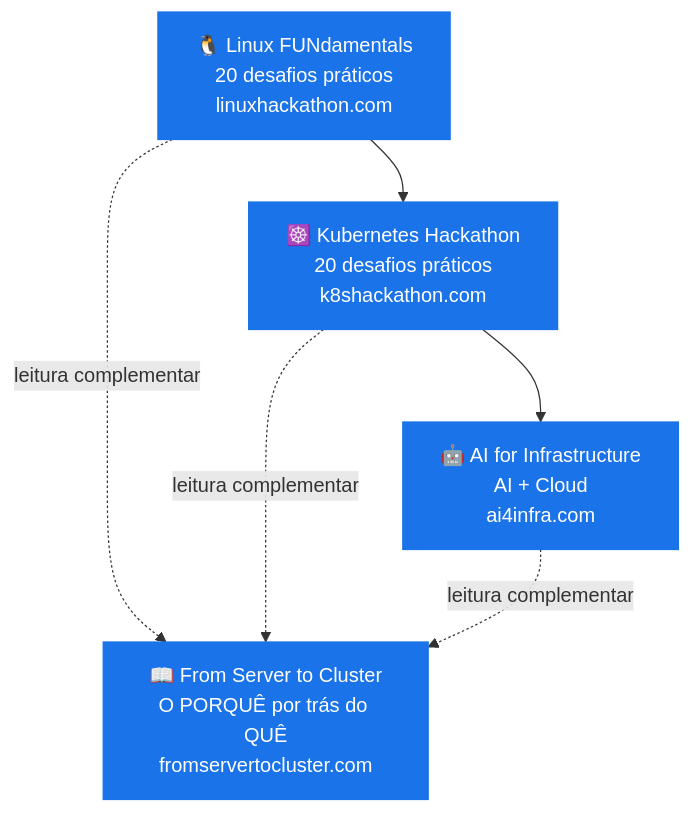
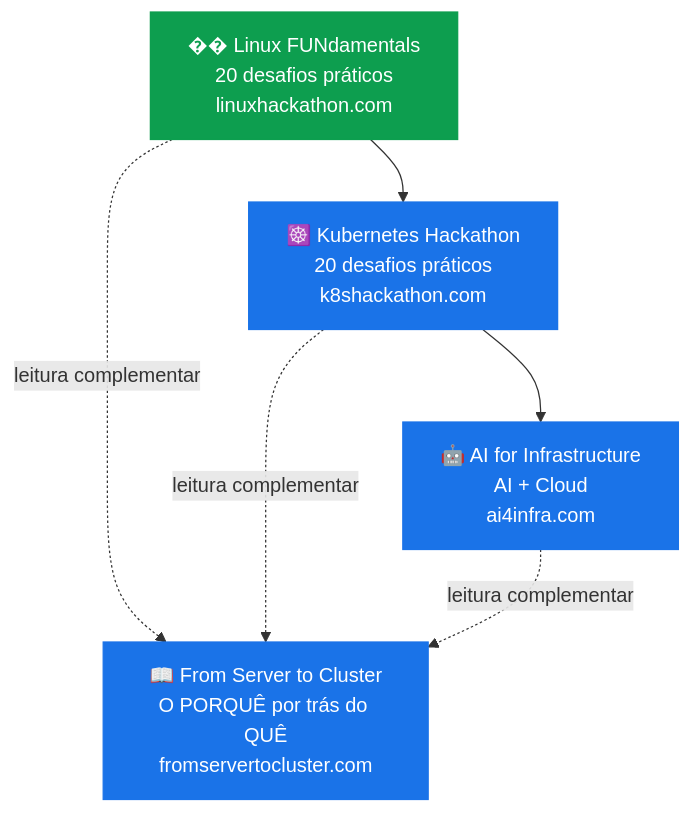
Before and after one commit to ricmmartins/fasthack-linux: the diagram in README.md, drawn with Mermaid.

Commit message:
destaca Linux FUNdamentals com cor diferente no diagrama

````diff
--- a/README.md
+++ b/README.md
@@ -96,11 +96,12 @@
 ```mermaid
 flowchart TD
-    A["🐧 Linux FUNdamentals\n20 desafios práticos\nlinuxhackathon.com"]:::blue --> B["☸️ Kubernetes Hackathon\n20 desafios práticos\nk8shackathon.com"]:::blue
+    A["�� Linux FUNdamentals\n20 desafios práticos\nlinuxhackathon.com"]:::green --> B["☸️ Kubernetes Hackathon\n20 desafios práticos\nk8shackathon.com"]:::blue
     B --> C["🤖 AI for Infrastructure\nAI + Cloud\nai4infra.com"]:::blue
     D["📖 From Server to Cluster\nO PORQUÊ por trás do QUÊ\nfromservertocluster.com"]:::blue
     A -. "leitura complementar" .-> D
     B -. "leitura complementar" .-> D
     C -. "leitura complementar" .-> D
 
+    classDef green fill:#0d9e4f,stroke:#0d9e4f,color:#fff
     classDef blue fill:#1a73e8,stroke:#1a73e8,color:#fff
 ```
````
